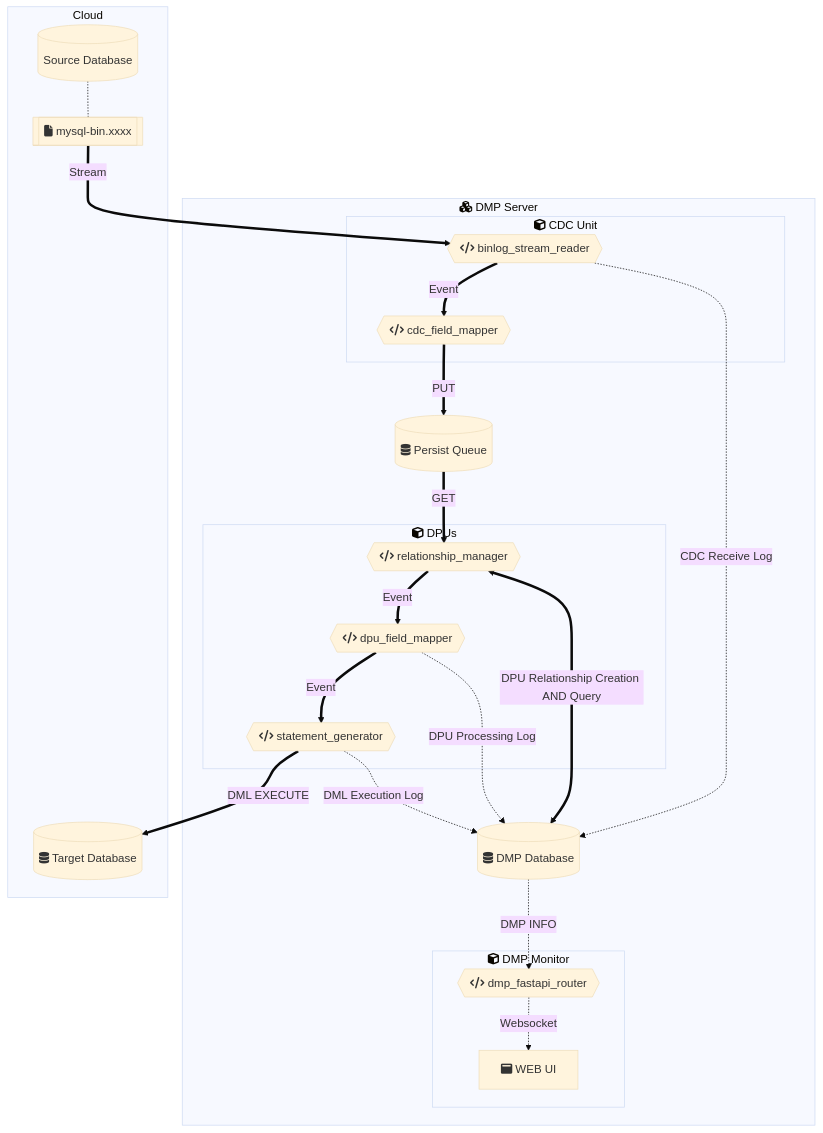
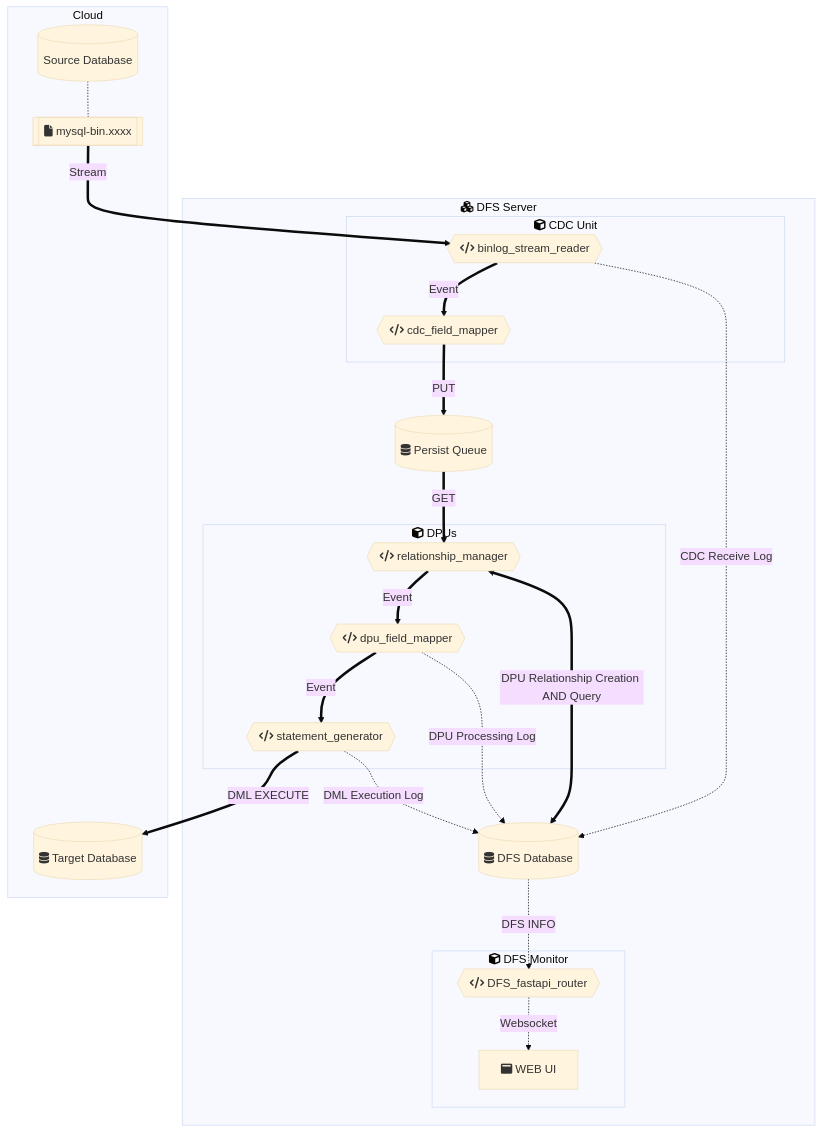
Before and after one commit to qqAys/mysql-dataflowsync: the diagram in README.md, drawn with Mermaid (base theme). The commit also changed other lines of this file, not shown here.

````diff
--- a/README.md
+++ b/README.md
@@ -6,51 +6,51 @@
 ```mermaid
 flowchart 
     subgraph "Cloud"
         SDB[("Source Database")]
         BL[["fa:fa-file mysql-bin.xxxx"]]
         SDB -.- BL
     end
     
-    subgraph "fa:fa-cubes DMP Server"
+    subgraph "fa:fa-cubes DFS Server"
         subgraph "fa:fa-cube CDC Unit"
             BLS{{"fa:fa-code binlog_stream_reader"}}
             FM1{{"fa:fa-code cdc_field_mapper"}}
             BL ==> |"Stream"| BLS
             BLS ==> |"Event"| FM1
         end
         
         
         Q[("fa:fa-database Persist Queue")]
-        LDB[("fa:fa-database DMP Database")]
+        LDB[("fa:fa-database DFS Database")]
         
         FM1 ==> |"PUT"| Q
         
         subgraph "fa:fa-cube DPUs"
             RM{{"fa:fa-code relationship_manager"}}
             FM2{{"fa:fa-code dpu_field_mapper"}}
             SG{{"fa:fa-code statement_generator"}}
             FM2 ==> |"Event"| SG
             RM ==> |"Event"| FM2
         end
         
         Q ==> |"GET"| RM
         
-        subgraph "fa:fa-cube DMP Monitor"
+        subgraph "fa:fa-cube DFS Monitor"
             RTM["fa:fa-window-maximize WEB UI"]
-            API{{"fa:fa-code dmp_fastapi_router"}}
+            API{{"fa:fa-code DFS_fastapi_router"}}
             
         end
         
-        LDB -.-> |"DMP INFO"| API -.-> |"Websocket"| RTM
+        LDB -.-> |"DFS INFO"| API -.-> |"Websocket"| RTM
         BLS -.-> |"CDC Receive Log"| LDB
         RM <==> |"DPU Relationship Creation AND Query"| LDB
         FM2 -.-> |"DPU Processing Log"| LDB
         SG -.-> |"DML Execution Log"| LDB
         
     end
     
     subgraph "Cloud"
         TDB[("fa:fa-database Target Database")]
         SG ==> |"DML EXECUTE"| TDB
     end 
 ```
````
